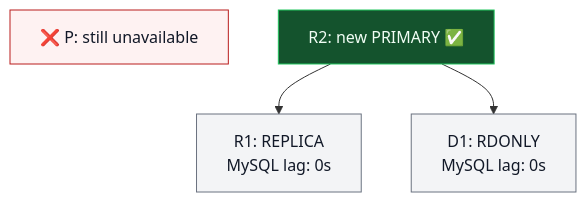
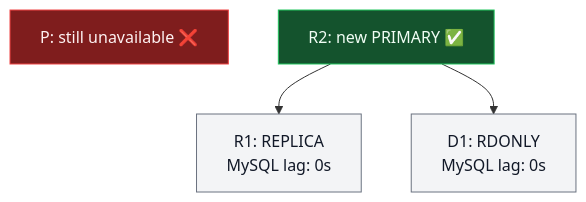
Before and after one commit to vitessio/website: the second of 3 diagrams in content/en/blog/2026-09-24-hardening-emergency-reparent-shard.md, drawn with Mermaid. The commit also changed other lines of this file, not shown here.

Commit message:
Align ERS diagram status styling

````diff
--- a/content/en/blog/2026-09-24-hardening-emergency-reparent-shard.md
+++ b/content/en/blog/2026-09-24-hardening-emergency-reparent-shard.md
@@ -38,15 +38,15 @@
 ```mermaid
 graph TD
-    OldPrimary["❌ P: still unavailable"]
+    OldPrimary["P: still unavailable ❌"]
     NewPrimary["R2: new PRIMARY ✅"]
     Replica["R1: REPLICA<br/>MySQL lag: 0s"]
     ReadOnly["D1: RDONLY<br/>MySQL lag: 0s"]
     NewPrimary --> Replica
     NewPrimary --> ReadOnly
 
     classDef default fill:#f3f4f6,stroke:#6b7280,color:#111827
-    classDef unavailable fill:#fef2f2,stroke:#b91c1c,color:#111827
+    classDef unavailable fill:#7f1d1d,stroke:#ef4444,color:#fef2f2
     classDef completed fill:#14532d,stroke:#22c55e,color:#f0fdf4
     class OldPrimary unavailable
     class NewPrimary completed
 ```
````
